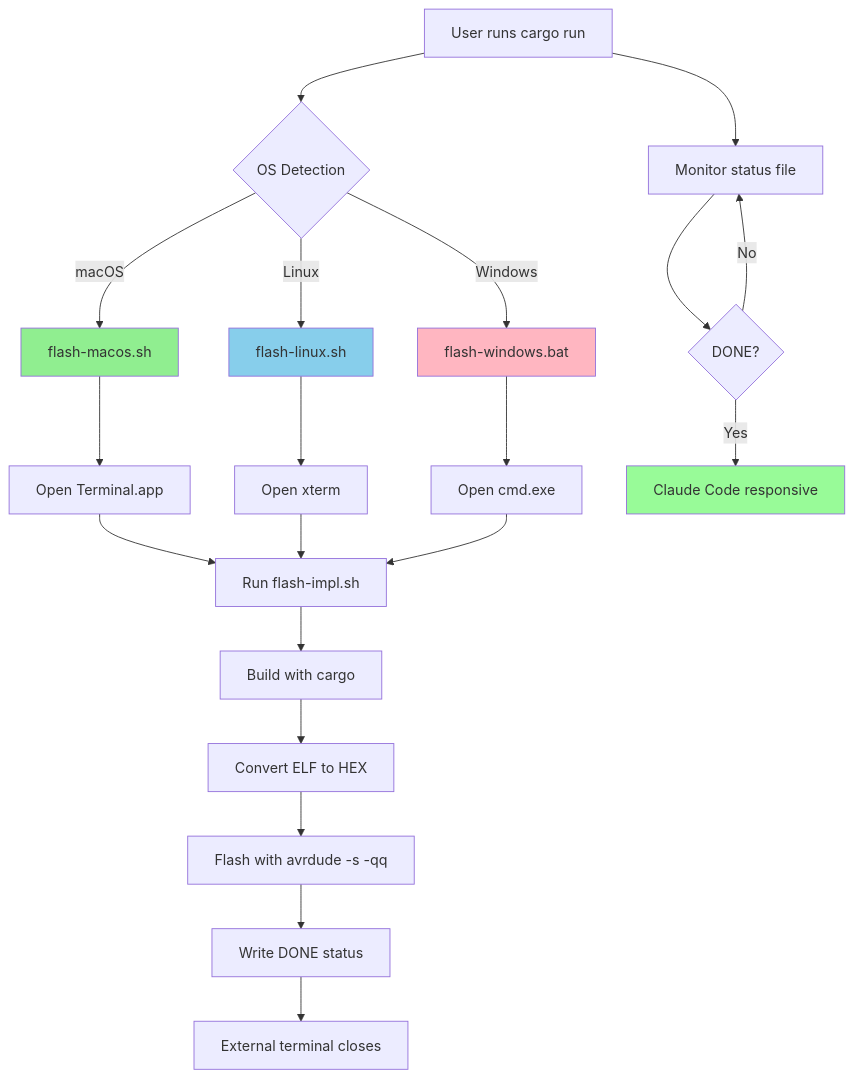
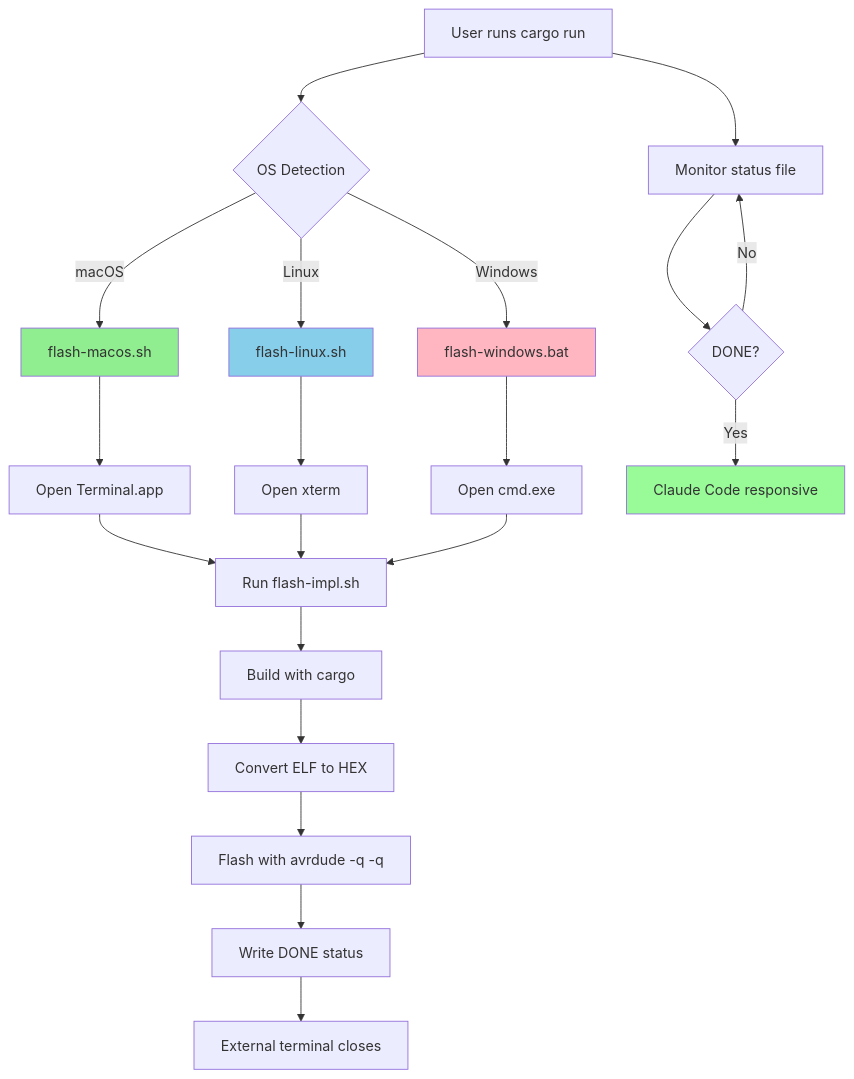
Before and after one commit to ScopeCreep-zip/ossidata: the diagram in docs/FLASHING_SOLUTION.md, drawn with Mermaid. The commit also changed other lines of this file and 10 other files, not shown here.

Commit message:
Removed old scripts. Removed debugging from scripts. Updated docs on current flash flow.

````diff
--- a/docs/FLASHING_SOLUTION.md
+++ b/docs/FLASHING_SOLUTION.md
@@ -54,31 +55,31 @@
 ```mermaid
 flowchart TD
     A[User runs cargo run] --> B{OS Detection}
     B -->|macOS| C[flash-macos.sh]
     B -->|Linux| D[flash-linux.sh]
     B -->|Windows| E[flash-windows.bat]
 
     C --> F[Open Terminal.app]
     D --> G[Open xterm]
     E --> H[Open cmd.exe]
 
     F --> I[Run flash-impl.sh]
     G --> I
     H --> I
 
     I --> J[Build with cargo]
     J --> K[Convert ELF to HEX]
-    K --> L[Flash with avrdude -s -qq]
+    K --> L[Flash with avrdude -q -q]
     L --> M[Write DONE status]
     M --> N[External terminal closes]
 
     A --> O[Monitor status file]
     O --> P{DONE?}
     P -->|No| O
     P -->|Yes| Q[Claude Code responsive]
 
     style C fill:#90EE90
     style D fill:#87CEEB
     style E fill:#FFB6C1
     style Q fill:#98FB98
 ```
````
